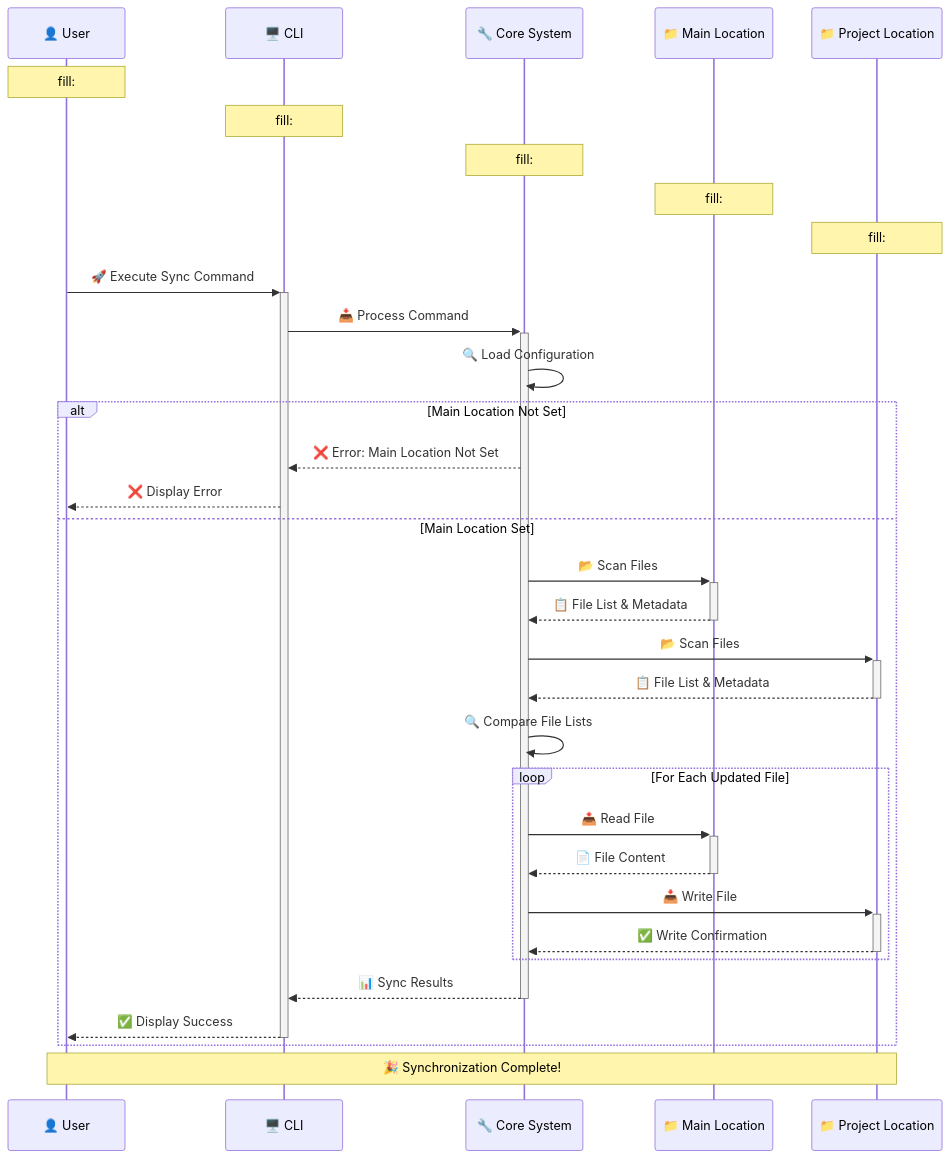
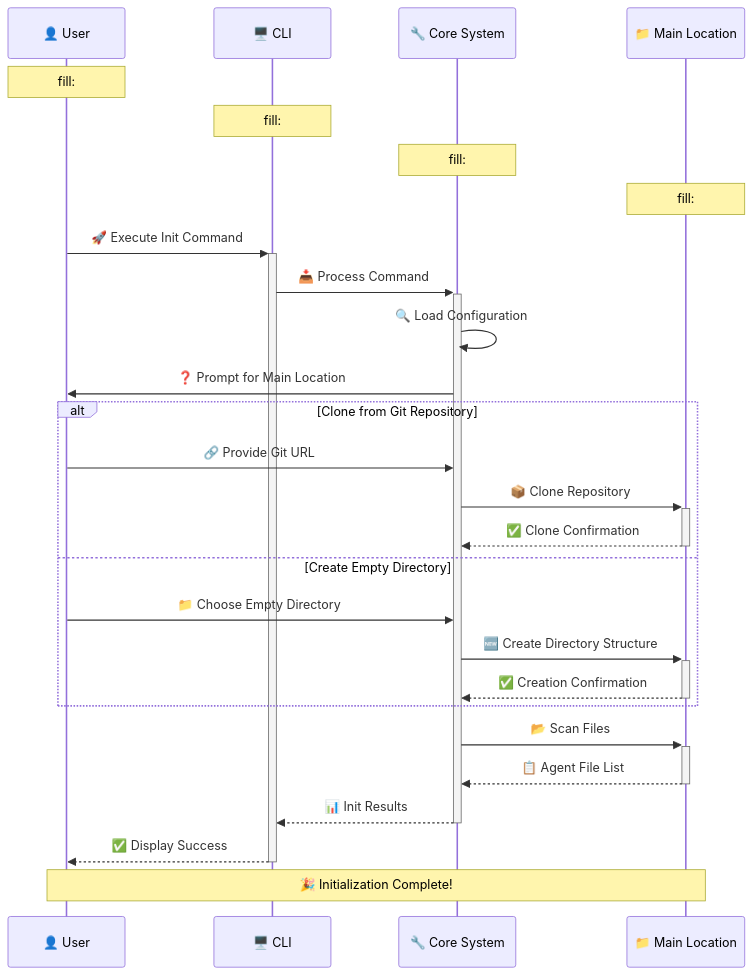
Before and after one commit to nsnarender5511/cpp: the third of 3 diagrams in docs/developer-guide/architecture.md, drawn with Mermaid. The commit also changed other lines of this file and 32 other files, not shown here.

````diff
--- a/docs/developer-guide/architecture.md
+++ b/docs/developer-guide/architecture.md
@@ -207,51 +200,44 @@
 ```mermaid
 sequenceDiagram
     participant User as 👤 User
     participant CLI as 🖥️ CLI
     participant Core as 🔧 Core System
     participant MainLoc as 📁 Main Location
-    participant ProjLoc as 📁 Project Location
-
+    
     %% Define styles using note annotations
     note over User: fill:#ff9966,stroke:#ff6600
     note over CLI: fill:#66b3ff,stroke:#0066cc
     note over Core: fill:#cc99ff,stroke:#9933ff
     note over MainLoc: fill:#99ff99,stroke:#33cc33
-    note over ProjLoc: fill:#99ff99,stroke:#33cc33
     
     %% Sequence starts
-    User->>+CLI: 🚀 Execute Sync Command
+    User->>+CLI: 🚀 Execute Init Command
     CLI->>+Core: 📥 Process Command
     
     %% Loading phase
     Core->>Core: 🔍 Load Configuration
     
-    %% Validation phase
-    alt Main Location Not Set
-        Core-->>CLI: ❌ Error: Main Location Not Set
-        CLI-->>User: ❌ Display Error
-    else Main Location Set
-        Core->>+MainLoc: 📂 Scan Files
-        MainLoc-->>-Core: 📋 File List & Metadata
-        Core->>+ProjLoc: 📂 Scan Files
-        ProjLoc-->>-Core: 📋 File List & Metadata
-        
-        %% Comparison phase
-        Core->>Core: 🔍 Compare File Lists
-        
-        %% Synchronization phase
-        loop For Each Updated File
-            Core->>+MainLoc: 📤 Read File
-            MainLoc-->>-Core: 📄 File Content
-            Core->>+ProjLoc: 📥 Write File
-            ProjLoc-->>-Core: ✅ Write Confirmation
-        end
-        
-        %% Completion phase
-        Core-->>-CLI: 📊 Sync Results
-        CLI-->>-User: ✅ Display Success
+    %% Main location setup
+    Core->>User: ❓ Prompt for Main Location
+    
+    alt Clone from Git Repository
+        User->>Core: 🔗 Provide Git URL
+        Core->>+MainLoc: 📦 Clone Repository
+        MainLoc-->>-Core: ✅ Clone Confirmation
+    else Create Empty Directory
+        User->>Core: 📁 Choose Empty Directory
+        Core->>+MainLoc: 🆕 Create Directory Structure
+        MainLoc-->>-Core: ✅ Creation Confirmation
     end
     
+    %% Agent loading
+    Core->>+MainLoc: 📂 Scan Files
+    MainLoc-->>-Core: 📋 Agent File List
+    
+    %% Completion phase
+    Core-->>-CLI: 📊 Init Results
+    CLI-->>-User: ✅ Display Success
+    
     %% Final confirmation
-    Note over User,ProjLoc: 🎉 Synchronization Complete!
+    Note over User,MainLoc: 🎉 Initialization Complete!
 ```
````
